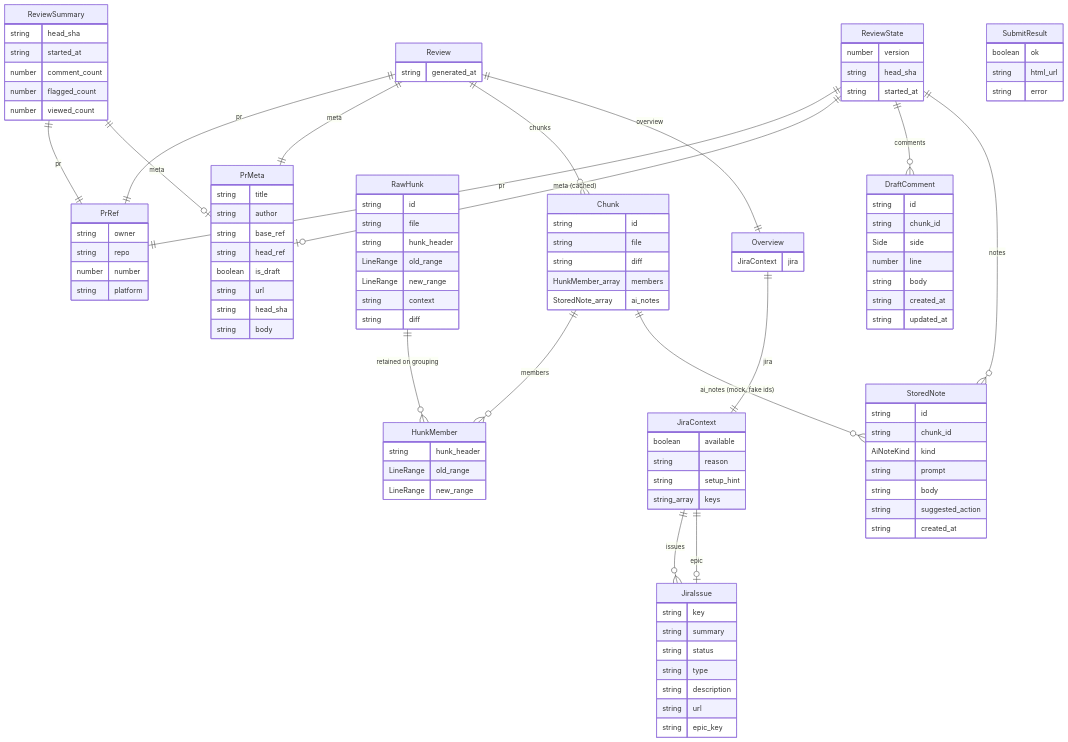
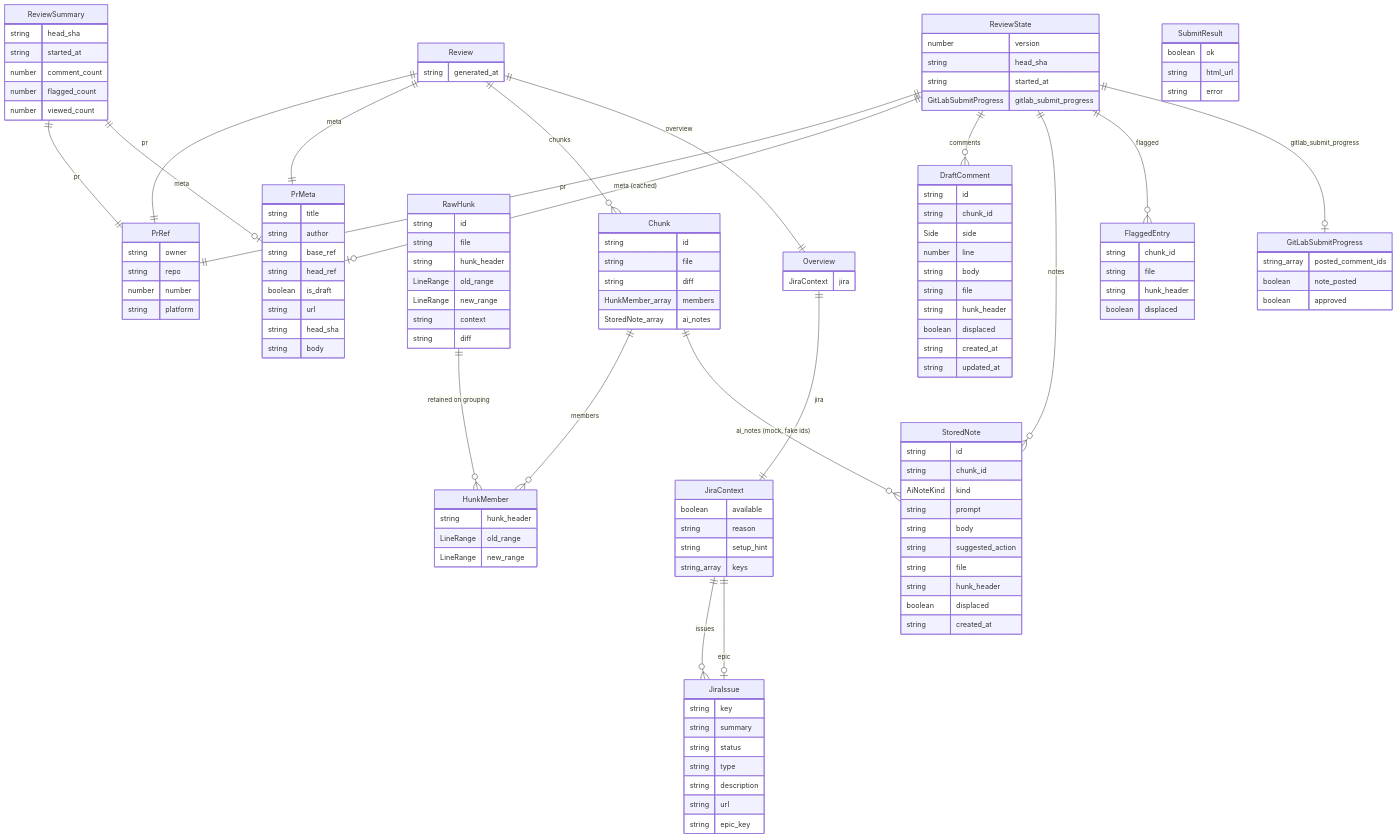
The first of 3 diagrams in README.md (moui72/assisted-review), drawn with Mermaid before and after one commit. The commit also changed 18 other files, not shown here.

First line of the commit message:
feat(gitlab): resilient submit with retry and partial-failure handling (#57)

````diff
--- a/README.md
+++ b/README.md
@@ -255,6 +255,9 @@
         Side side
         number line
         string body
+        string file
+        string hunk_header
+        boolean displaced
         string created_at
         string updated_at
     }
@@ -265,12 +268,27 @@
         string prompt
         string body
         string suggested_action
+        string file
+        string hunk_header
+        boolean displaced
         string created_at
+    }
+    FlaggedEntry {
+        string chunk_id
+        string file
+        string hunk_header
+        boolean displaced
     }
     ReviewState {
         number version
         string head_sha
         string started_at
+        GitLabSubmitProgress gitlab_submit_progress
+    }
+    GitLabSubmitProgress {
+        string_array posted_comment_ids
+        boolean note_posted
+        boolean approved
     }
     ReviewSummary {
         string head_sha
@@ -299,6 +317,8 @@
     ReviewState ||--o| PrMeta : "meta (cached)"
     ReviewState ||--o{ DraftComment : "comments"
     ReviewState ||--o{ StoredNote : "notes"
+    ReviewState ||--o{ FlaggedEntry : "flagged"
+    ReviewState ||--o| GitLabSubmitProgress : "gitlab_submit_progress"
     ReviewSummary ||--|| PrRef : "pr"
     ReviewSummary ||--o| PrMeta : "meta"
 ```
````
